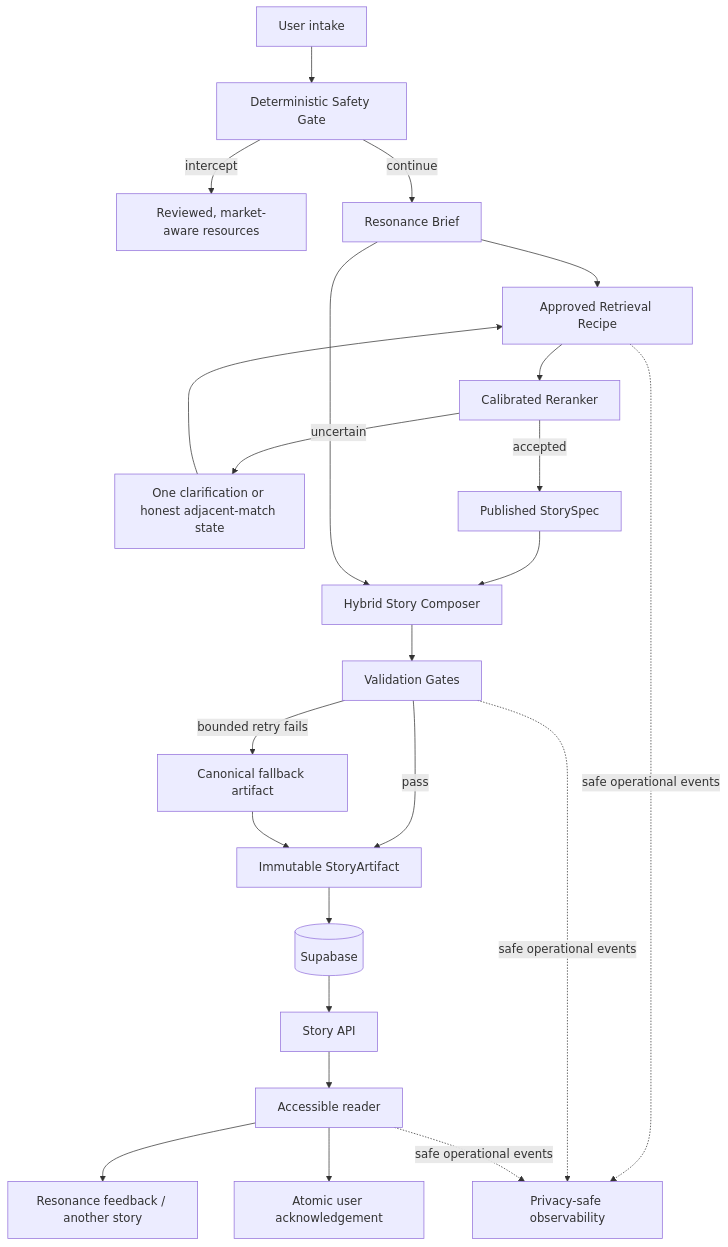
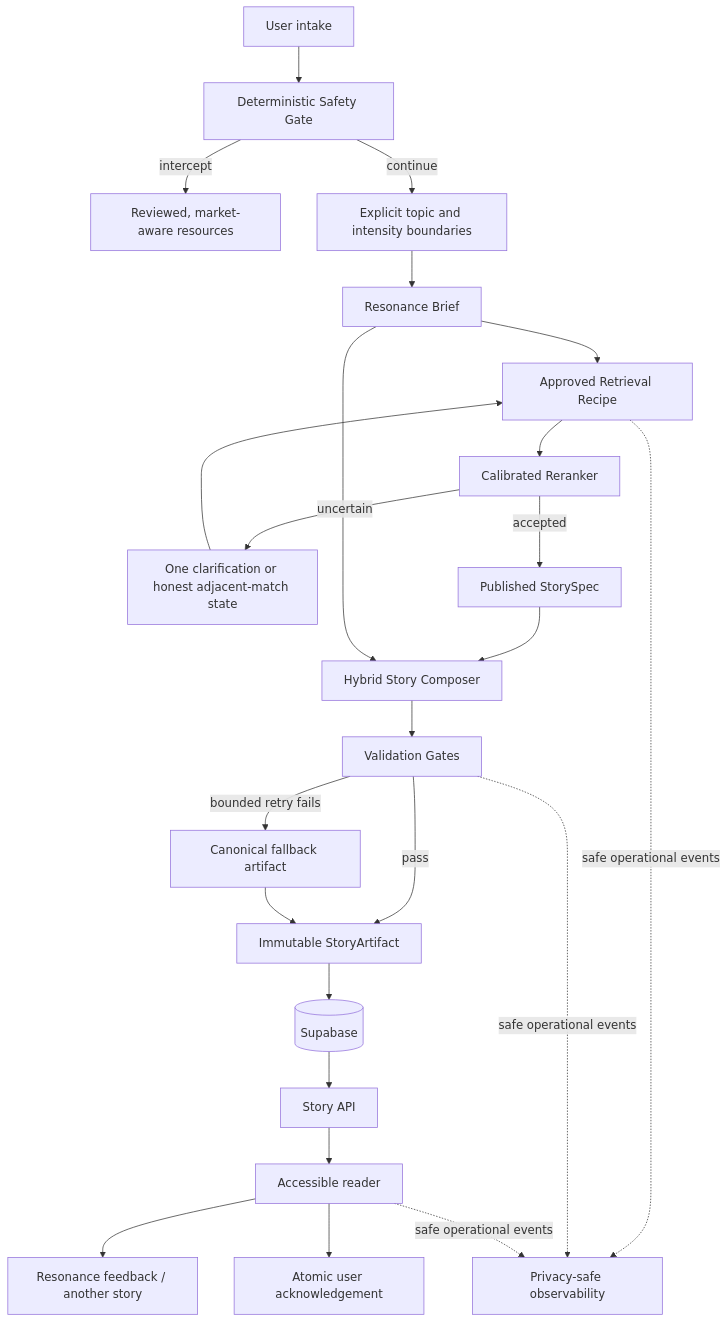
One commit to taizhenC/Onward changed the second of 2 diagrams in roadmap/technical_architecture.md. Above: the diagram before and after it, drawn with Mermaid. The commit also changed other lines of this file and 4 other files, not shown here.

Commit message:
docs: initialize roadmap documentation with project thesis, feature backlog, and technical architecture

````diff
--- a/roadmap/technical_architecture.md
+++ b/roadmap/technical_architecture.md
@@ -89,25 +89,26 @@
 ```mermaid
 flowchart TD
     U[User intake] --> SG[Deterministic Safety Gate]
     SG -->|intercept| CR[Reviewed, market-aware resources]
-    SG -->|continue| RB[Resonance Brief]
+    SG -->|continue| BP[Explicit topic and intensity boundaries]
+    BP --> RB[Resonance Brief]
     RB --> RET[Approved Retrieval Recipe]
     RET --> RR[Calibrated Reranker]
     RR -->|uncertain| Q[One clarification or honest adjacent-match state]
     Q --> RET
     RR -->|accepted| SS[Published StorySpec]
     SS --> SC[Hybrid Story Composer]
     RB --> SC
     SC --> VG[Validation Gates]
     VG -->|pass| SA[Immutable StoryArtifact]
     VG -->|bounded retry fails| CF[Canonical fallback artifact]
     CF --> SA
     SA --> DB[(Supabase)]
     DB --> API[Story API]
     API --> PLAYER[Accessible reader]
     PLAYER --> FB[Resonance feedback / another story]
     PLAYER --> ACK[Atomic user acknowledgement]
     RET -. safe operational events .-> OBS[Privacy-safe observability]
     VG -. safe operational events .-> OBS
     PLAYER -. safe operational events .-> OBS
 ```
````
